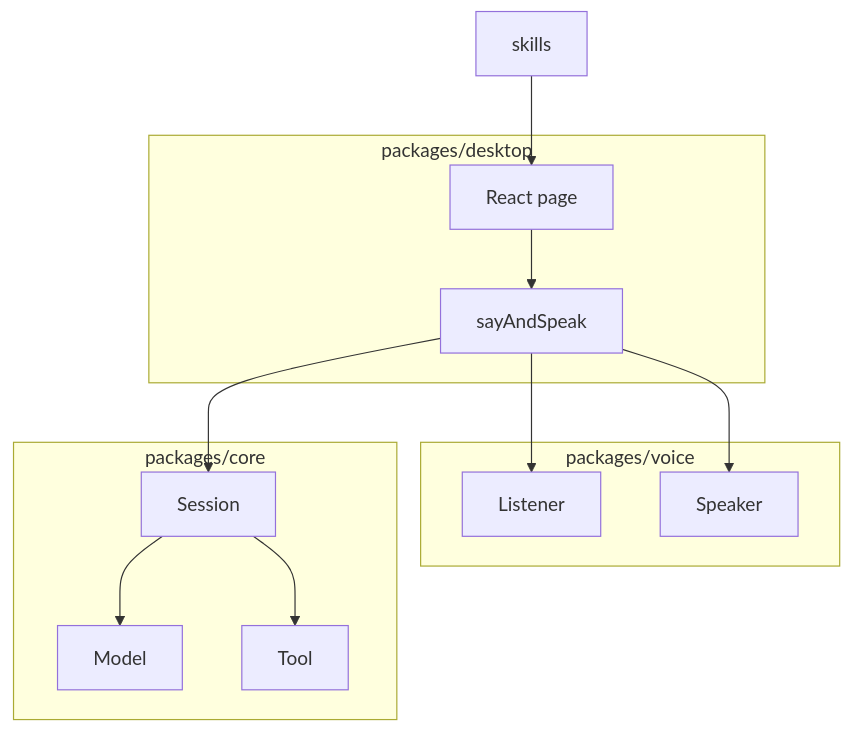
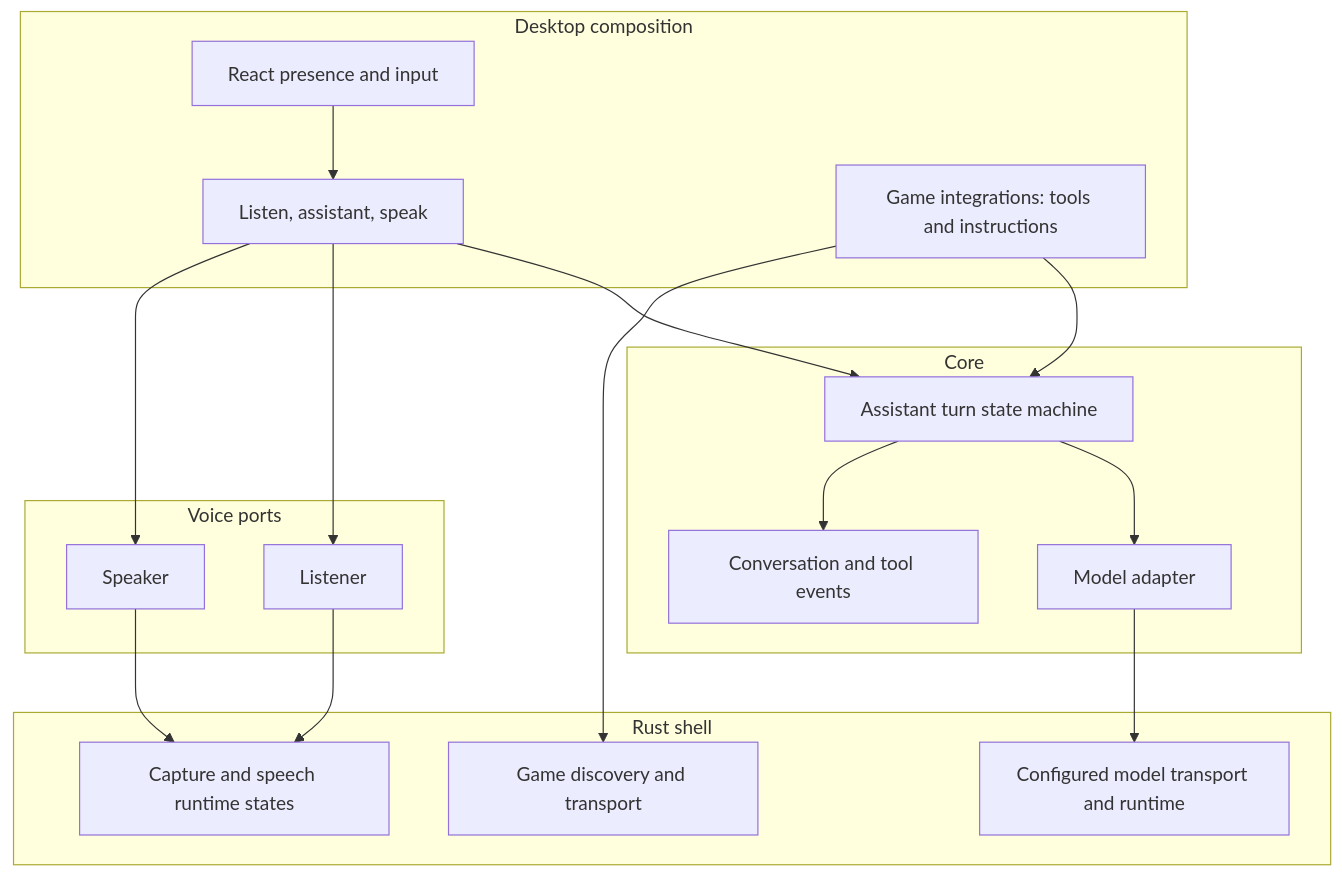
One commit to ItsYuma/Caprice changed the diagram in docs/architecture.md. Above: the diagram before and after it, drawn with Mermaid. The commit also changed other lines of this file and 6 other files, not shown here.

Commit message:
Record the assistant turn, the model adapter, and the League integration.

````diff
--- a/docs/architecture.md
+++ b/docs/architecture.md
@@ -7,24 +7,33 @@
 ```mermaid
 flowchart TB
-  subgraph shell [packages/desktop]
-    window[React page]
-    host[sayAndSpeak]
+  subgraph desktop [Desktop composition]
+    page[React presence and input]
+    turn[Listen, assistant, speak]
+    integrations[Game integrations: tools and instructions]
   end
-  subgraph voice [packages/voice]
-    listener[Listener]
-    speaker[Speaker]
+  subgraph core [Core]
+    session[Assistant turn state machine]
+    adapter[Model adapter]
+    events[Conversation and tool events]
   end
-  subgraph corepkg [packages/core]
-    session[Session]
-    model[Model]
-    tools[Tool]
+  subgraph voice [Voice ports]
+    listen[Listener]
+    speak[Speaker]
   end
-  skills[skills]
-  window --> host
-  host --> listener
-  host --> session
-  host --> speaker
-  skills --> window
-  session --> model
-  session --> tools
+  subgraph shell [Rust shell]
+    model[Configured model transport and runtime]
+    speech[Capture and speech runtime states]
+    games[Game discovery and transport]
+  end
+  page --> turn
+  turn --> session
+  turn --> listen
+  turn --> speak
+  integrations --> session
+  integrations --> games
+  session --> adapter
+  session --> events
+  adapter --> model
+  listen --> speech
+  speak --> speech
 ```
````
